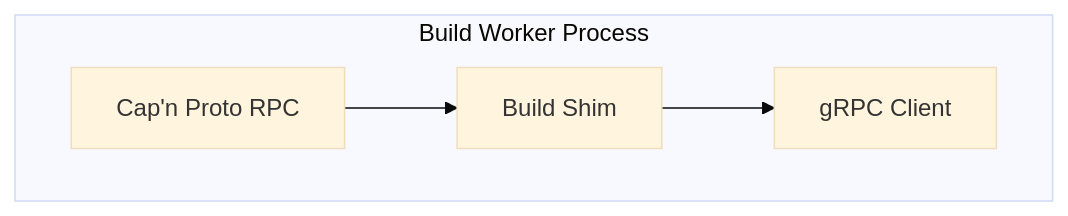
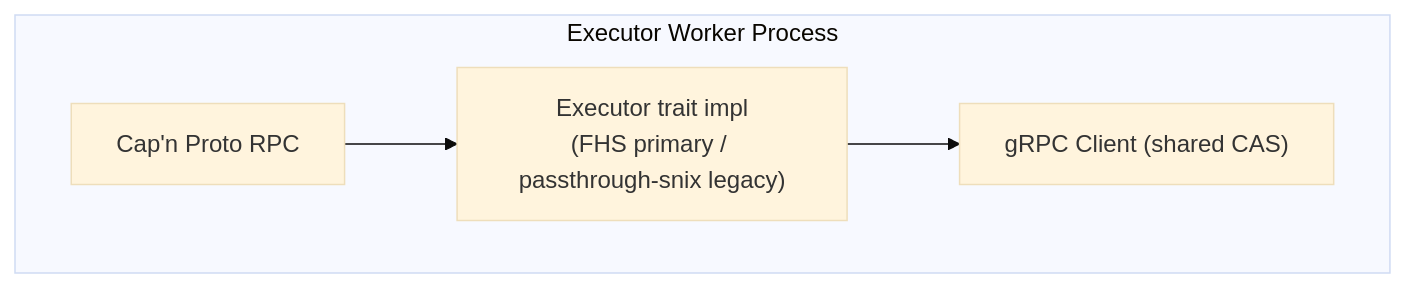
Before and after one commit to axiosoph/axios: the fourth of 9 diagrams in docs/architecture/eos-sad.md, drawn with Mermaid (base theme). The commit also changed other lines of this file, not shown here.

````diff
--- a/docs/architecture/eos-sad.md
+++ b/docs/architecture/eos-sad.md
@@ -349,11 +327,11 @@
 ```mermaid
 graph TB
-    subgraph "Build Worker Process"
-        BWRPC["Cap'n Proto RPC"]
-        SHIM["Build Shim"]
-        GRPC["gRPC Client"]
+    subgraph "Executor Worker Process"
+        EWRPC["Cap'n Proto RPC"]
+        EXECT["Executor trait impl\n(FHS primary / passthrough-snix legacy)"]
+        GRPC["gRPC Client (shared CAS)"]
     end
 
-    BWRPC --> SHIM
-    SHIM --> GRPC
+    EWRPC --> EXECT
+    EXECT --> GRPC
 ```
````
